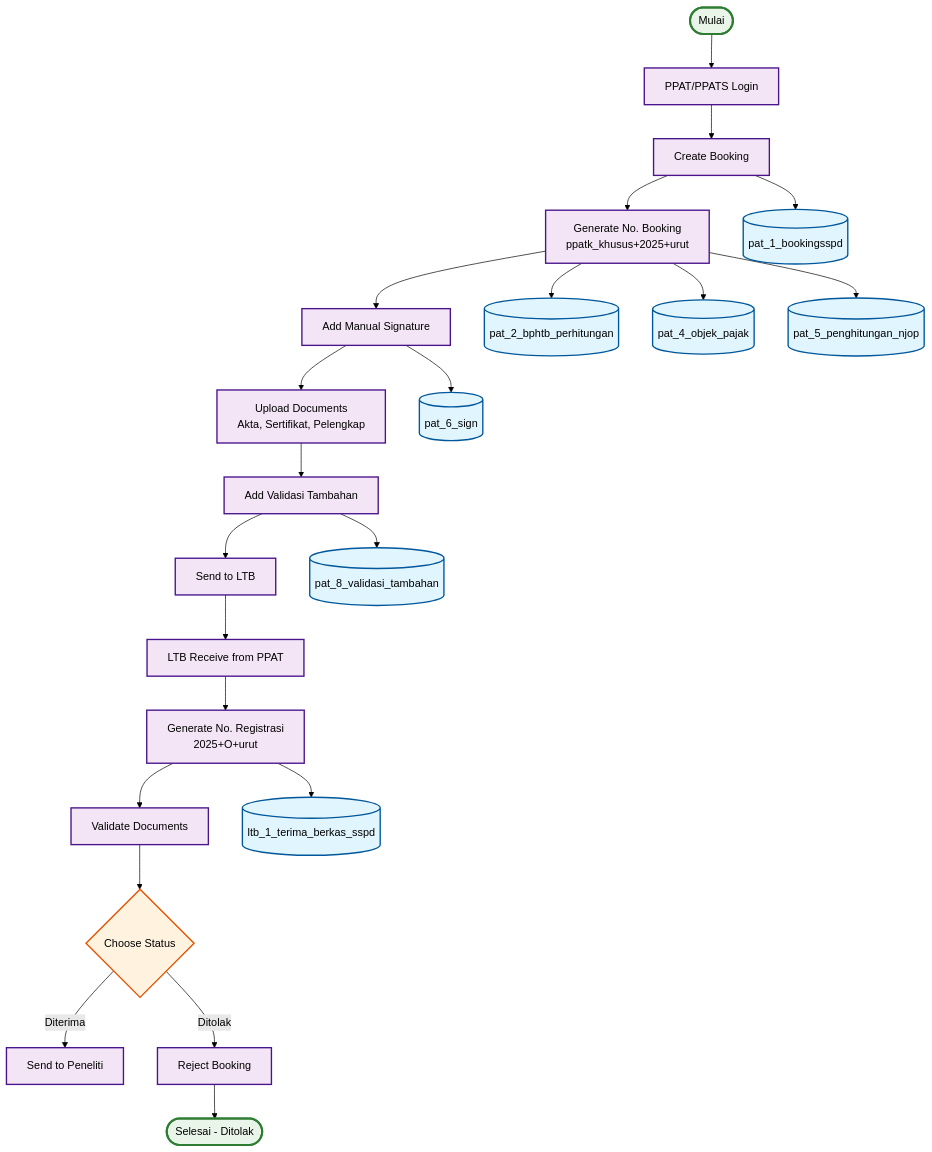
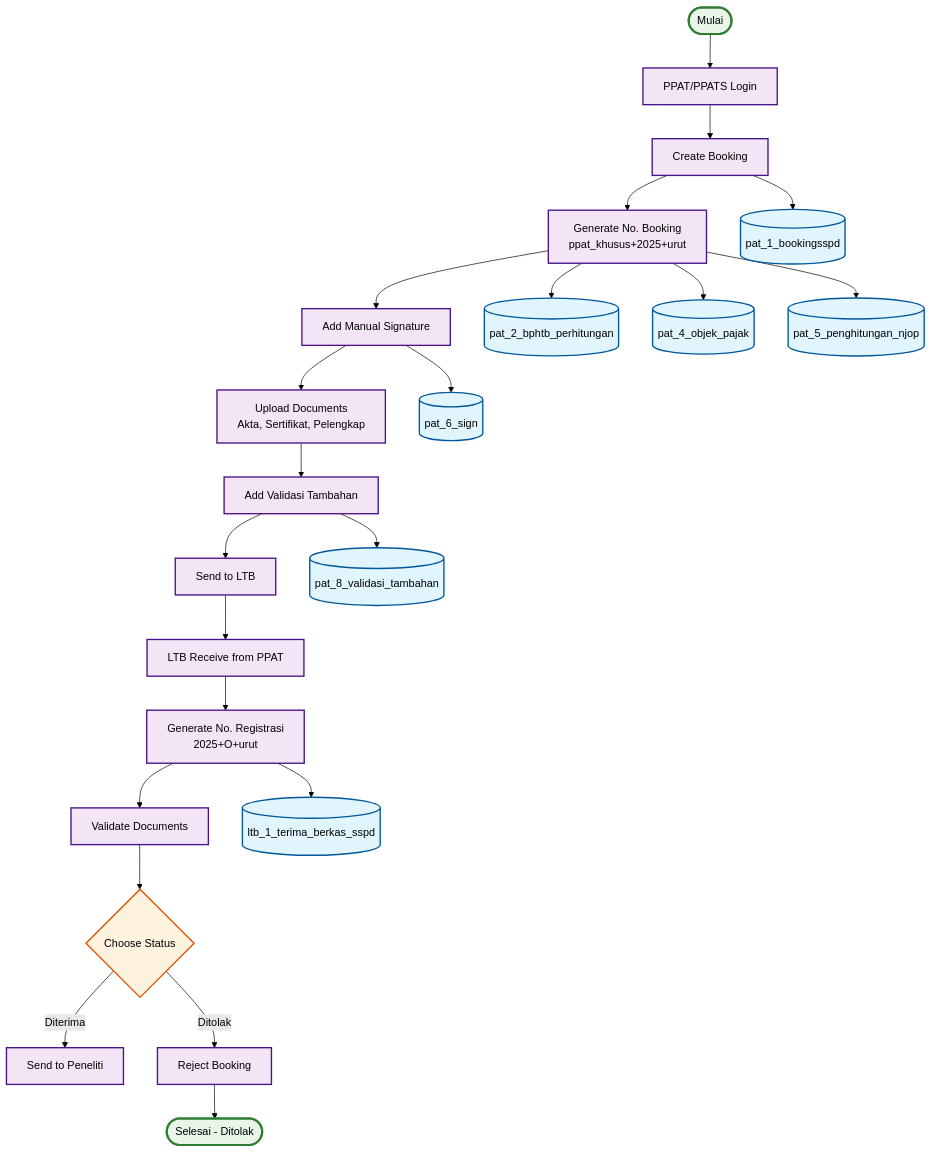
The diagram in Iterasi_Diagrams/Iterasi_1/activity-iterasi1-part1.md (Rasyauqi2283/Folder_migrasi_bphtb), drawn with Mermaid (forest theme) before and after one commit. The commit also changed other lines of this file and 21 other files, not shown here.

````diff
--- a/Iterasi_Diagrams/Iterasi_1/activity-iterasi1-part1.md
+++ b/Iterasi_Diagrams/Iterasi_1/activity-iterasi1-part1.md
@@ -4,38 +4,38 @@
 ```mermaid
 flowchart TD
     Start([Mulai]) --> PPAT1[PPAT/PPATS Login]
     PPAT1 --> PPAT2[Create Booking]
-    PPAT2 --> PPAT3[Generate No. Booking<br/>ppatk_khusus+2025+urut]
+    PPAT2 --> PPAT3[Generate No. Booking<br/>ppat_khusus+2025+urut]
     PPAT3 --> PPAT4[Add Manual Signature]
     PPAT4 --> PPAT5[Upload Documents<br/>Akta, Sertifikat, Pelengkap]
     PPAT5 --> PPAT6[Add Validasi Tambahan]
     PPAT6 --> PPAT7[Send to LTB]
     
     PPAT7 --> LTB1[LTB Receive from PPAT]
     LTB1 --> LTB2[Generate No. Registrasi<br/>2025+O+urut]
     LTB2 --> LTB3[Validate Documents]
     LTB3 --> LTB4{Choose Status}
     LTB4 -->|Diterima| LTB5[Send to Peneliti]
     LTB4 -->|Ditolak| LTB6[Reject Booking]
     LTB6 --> End1([Selesai - Ditolak])
     
     %% Database Connections - Part 1
     PPAT2 --> DB1[("pat_1_bookingsspd")]
     PPAT3 --> DB2[("pat_2_bphtb_perhitungan")]
     PPAT3 --> DB3[("pat_4_objek_pajak")]
     PPAT3 --> DB4[("pat_5_penghitungan_njop")]
     PPAT4 --> DB5[("pat_6_sign")]
     PPAT6 --> DB6[("pat_8_validasi_tambahan")]
     LTB2 --> DB7[("ltb_1_terima_berkas_sspd")]
     
     %% Styling
     classDef startEnd fill:#e8f5e8,stroke:#2e7d32,stroke-width:3px
     classDef process fill:#f3e5f5,stroke:#4a148c,stroke-width:2px
     classDef decision fill:#fff3e0,stroke:#e65100,stroke-width:2px
     classDef database fill:#e1f5fe,stroke:#01579b,stroke-width:2px
     
     class Start,End1 startEnd
     class PPAT1,PPAT2,PPAT3,PPAT4,PPAT5,PPAT6,PPAT7,LTB1,LTB2,LTB3,LTB5,LTB6 process
     class LTB4 decision
     class DB1,DB2,DB3,DB4,DB5,DB6,DB7 database
 ```
````
